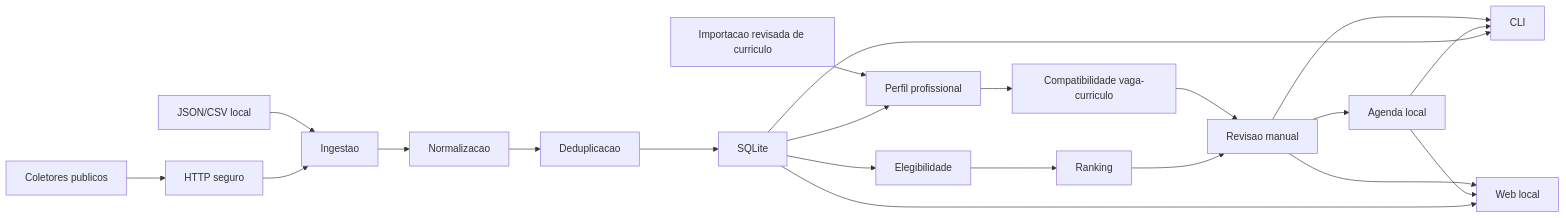
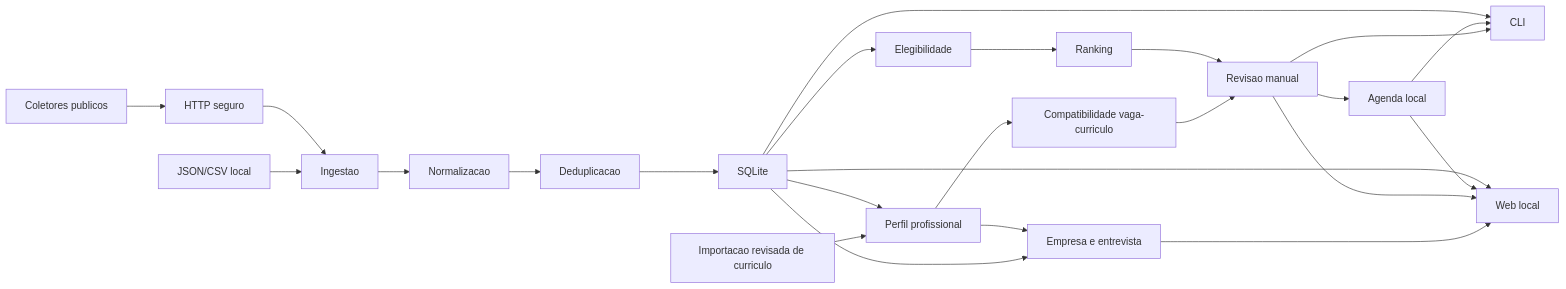
The diagram in docs/architecture.md (Islayder/JobSearch), drawn with Mermaid before and after one commit. The commit also changed other lines of this file and 16 other files, not shown here.

````diff
--- a/docs/architecture.md
+++ b/docs/architecture.md
@@ -29,23 +31,26 @@
 ```mermaid
 flowchart LR
     L["JSON/CSV local"] --> C["Ingestao"]
     B["Coletores publicos"] --> H["HTTP seguro"]
     H --> C
     C --> D["Normalizacao"]
     D --> E["Deduplicacao"]
     E --> F["SQLite"]
     F --> G["Elegibilidade"]
     G --> R["Ranking"]
     RI["Importacao revisada de curriculo"] --> P["Perfil profissional"]
     F --> P
     P --> X["Compatibilidade vaga-curriculo"]
     X --> V["Revisao manual"]
+    F --> CI["Empresa e entrevista"]
+    P --> CI
+    CI --> W
     R --> V
     V --> A["Agenda local"]
     V --> I["CLI"]
     V --> W["Web local"]
     A --> I
     A --> W
     F --> I
     F --> W
 ```
````
